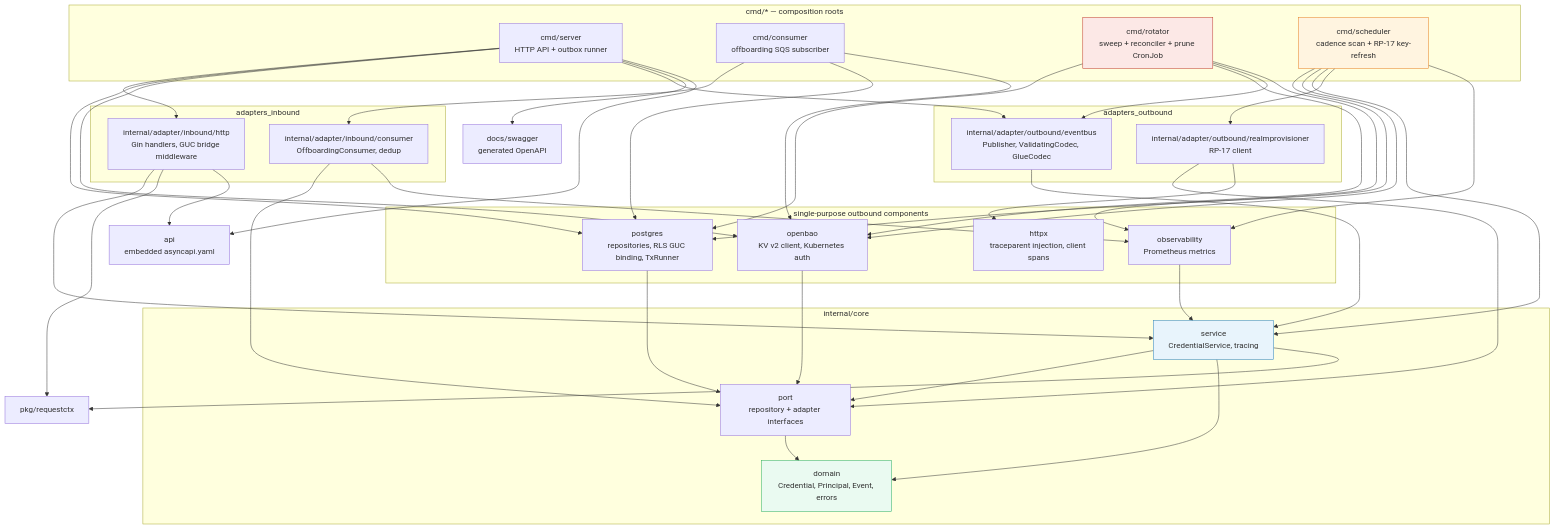
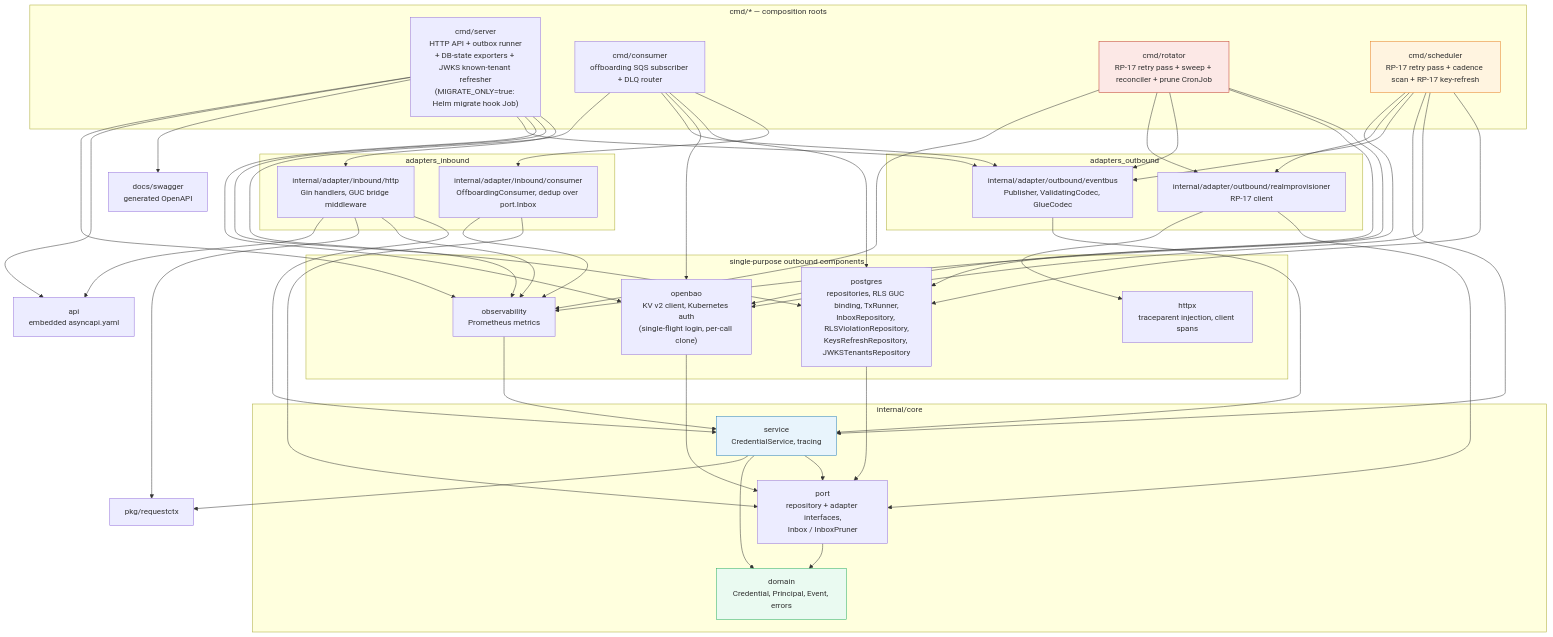
Before and after one commit to BCBP-SOLUTIONS-FZC-LLC/iam-token-service: the diagram in docs/architecture/mermaid/layer-model.mmd, drawn with Mermaid. The commit also changed 234 other files, not shown here.

```diff
--- a/docs/architecture/mermaid/layer-model.mmd
+++ b/docs/architecture/mermaid/layer-model.mmd
@@ -1,86 +1,92 @@
 %% Clean Architecture layers per .go-arch-lint.yml. Arrows point inward
 %% (outer layers depend on inner layers, never the reverse). cmd/rotator
 %% (reconciler_jobs) is deliberately barred from depending on service —
 %% it talks to postgres/openbao directly under BYPASSRLS (§4.3/RLS-7).
 %% cmd/scheduler (§16 TSQ-6 Resolved, TS-D14) also connects under
 %% BYPASSRLS for its own cross-tenant due-list scan, but is NOT barred
 %% from service — every rotation it performs goes through
 %% CredentialService.IssueOrRotate, the same call cmd/server's HTTP
 %% handler makes; it lives under the `cmd` component, not
 %% `reconciler_jobs`.
 graph TD
     subgraph cmd["cmd/* — composition roots"]
-        SERVER["cmd/server<br/>HTTP API + outbox runner"]
-        CONSUMER["cmd/consumer<br/>offboarding SQS subscriber"]
-        ROTATOR["cmd/rotator<br/>sweep + reconciler + prune CronJob"]
-        SCHEDULER["cmd/scheduler<br/>cadence scan + RP-17 key-refresh"]
+        SERVER["cmd/server<br/>HTTP API + outbox runner<br/>+ DB-state exporters + JWKS known-tenant refresher<br/>(MIGRATE_ONLY=true: Helm migrate hook Job)"]
+        CONSUMER["cmd/consumer<br/>offboarding SQS subscriber + DLQ router"]
+        ROTATOR["cmd/rotator<br/>RP-17 retry pass + sweep + reconciler + prune CronJob"]
+        SCHEDULER["cmd/scheduler<br/>RP-17 retry pass + cadence scan + RP-17 key-refresh"]
     end
 
     subgraph inbound["adapters_inbound"]
         HTTP["internal/adapter/inbound/http<br/>Gin handlers, GUC bridge middleware"]
-        CONS["internal/adapter/inbound/consumer<br/>OffboardingConsumer, dedup"]
+        CONS["internal/adapter/inbound/consumer<br/>OffboardingConsumer, dedup over port.Inbox"]
     end
 
     subgraph outbound["adapters_outbound"]
         EVENTBUS["internal/adapter/outbound/eventbus<br/>Publisher, ValidatingCodec, GlueCodec"]
         REALMPROV["internal/adapter/outbound/realmprovisioner<br/>RP-17 client"]
     end
 
     subgraph isolated["single-purpose outbound components"]
-        POSTGRES["postgres<br/>repositories, RLS GUC binding, TxRunner"]
-        OPENBAO["openbao<br/>KV v2 client, Kubernetes auth"]
+        POSTGRES["postgres<br/>repositories, RLS GUC binding, TxRunner,<br/>InboxRepository, RLSViolationRepository,<br/>KeysRefreshRepository, JWKSTenantsRepository"]
+        OPENBAO["openbao<br/>KV v2 client, Kubernetes auth<br/>(single-flight login, per-call clone)"]
         HTTPX["httpx<br/>traceparent injection, client spans"]
         OBS["observability<br/>Prometheus metrics"]
     end
 
     subgraph core["internal/core"]
         SERVICE["service<br/>CredentialService, tracing"]
-        PORT["port<br/>repository + adapter interfaces"]
+        PORT["port<br/>repository + adapter interfaces,<br/>Inbox / InboxPruner"]
         DOMAIN["domain<br/>Credential, Principal, Event, errors"]
     end
 
     REQCTX["pkg/requestctx"]
     APISPEC["api<br/>embedded asyncapi.yaml"]
     SWAGGERDOCS["docs/swagger<br/>generated OpenAPI"]
 
     SERVER --> HTTP
     SERVER --> POSTGRES
     SERVER --> OPENBAO
     SERVER --> EVENTBUS
     SERVER --> SWAGGERDOCS
     SERVER --> APISPEC
+    SERVER --> OBS
     CONSUMER --> CONS
     CONSUMER --> POSTGRES
     CONSUMER --> OPENBAO
+    CONSUMER --> EVENTBUS
+    CONSUMER --> OBS
     ROTATOR --> POSTGRES
     ROTATOR --> OPENBAO
     ROTATOR --> EVENTBUS
+    ROTATOR --> REALMPROV
     ROTATOR --> OBS
     SCHEDULER --> POSTGRES
     SCHEDULER --> OPENBAO
     SCHEDULER --> SERVICE
+    SCHEDULER --> EVENTBUS
     SCHEDULER --> REALMPROV
     SCHEDULER --> OBS
 
     HTTP --> SERVICE
+    HTTP --> OBS
     CONS --> PORT
     CONS --> OBS
     EVENTBUS --> SERVICE
     REALMPROV --> PORT
     REALMPROV --> HTTPX
     POSTGRES --> PORT
     OPENBAO --> PORT
     OBS --> SERVICE
 
     SERVICE --> PORT
     SERVICE --> DOMAIN
     SERVICE --> REQCTX
     PORT --> DOMAIN
 
     HTTP --> REQCTX
     HTTP --> APISPEC
 
     style ROTATOR fill:#fce8e6,stroke:#c0392b
     style SCHEDULER fill:#fff4e0,stroke:#e67e22
     style SERVICE fill:#e8f4fc,stroke:#2980b9
     style DOMAIN fill:#eafaf1,stroke:#27ae60
```
